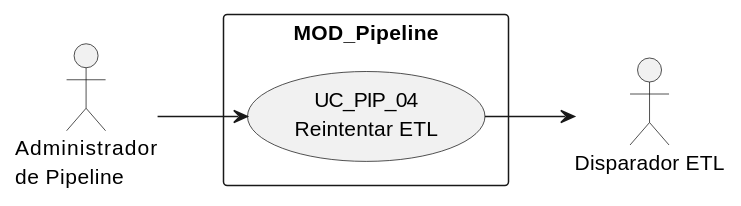
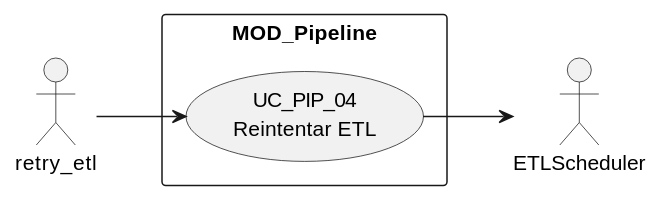
One commit to jcg-admin/IACT-docs changed the first of 4 diagrams in source/requisitos/casos-uso/pipeline/uc-pip-04/diagramas-uml.rst. Above: the diagram before and after it, drawn with PlantUML. The commit also changed other lines of this file and 77 other files, not shown here.

First line of the commit message:
Enforce RBAC function names as actors in all UML diagrams

```diff
--- a/source/requisitos/casos-uso/pipeline/uc-pip-04/diagramas-uml.rst
+++ b/source/requisitos/casos-uso/pipeline/uc-pip-04/diagramas-uml.rst
@@ -10,12 +10,12 @@
 .. uml::
 
  @startuml
  left to right direction
- actor "Administrador\nde Pipeline" as USR
- actor "Disparador ETL" as DE
+ actor "retry_etl" as USR
+ actor "ETLScheduler" as DE
  rectangle "MOD_Pipeline" {
    usecase "UC_PIP_04\nReintentar ETL" as UC04
  }
  USR --> UC04
  UC04 --> DE
  @enduml
```
